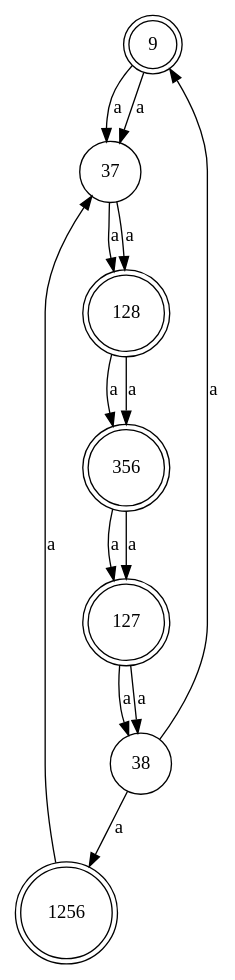
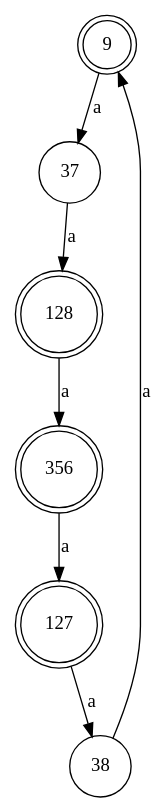
The diagram in test-output/graph.gv (igorbragaia/CTC-34), drawn with Graphviz before and after one commit. The commit also changed 2 other files, not shown here.

```diff
--- a/test-output/graph.gv
+++ b/test-output/graph.gv
@@ -1,28 +1,14 @@
 digraph {
-	9 [shape=doublecircle]
-	37 [shape=circle]
-	128 [shape=doublecircle]
-	356 [shape=doublecircle]
-	127 [shape=doublecircle]
-	38 [shape=circle]
-	1256 [shape=doublecircle]
-	9 -> 37 [label=a]
-	37 -> 128 [label=a]
-	128 -> 356 [label=a]
-	356 -> 127 [label=a]
-	127 -> 38 [label=a]
-	38 -> 1256 [label=a]
-	1256 -> 37 [label=a]
 	9 [shape=doublecircle]
 	37 [shape=circle]
 	128 [shape=doublecircle]
 	356 [shape=doublecircle]
 	127 [shape=doublecircle]
 	38 [shape=circle]
 	9 -> 37 [label=a]
 	37 -> 128 [label=a]
 	128 -> 356 [label=a]
 	356 -> 127 [label=a]
 	127 -> 38 [label=a]
 	38 -> 9 [label=a]
 }
```
